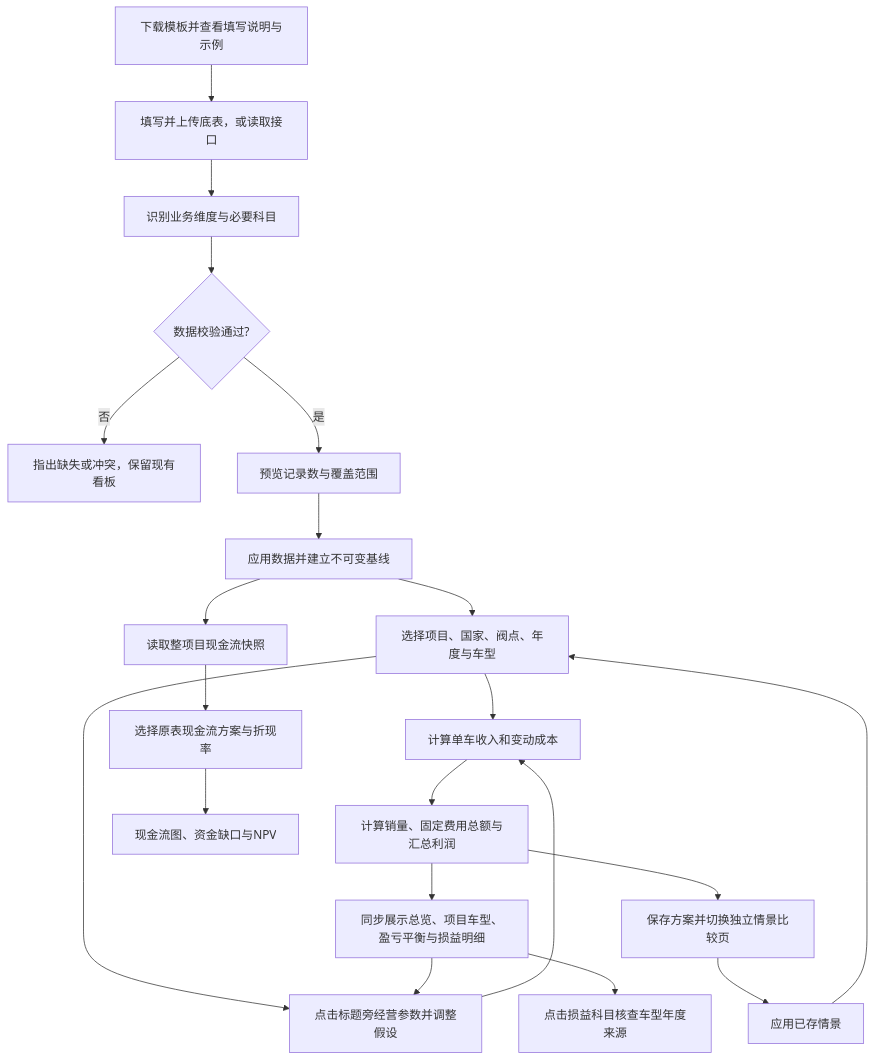
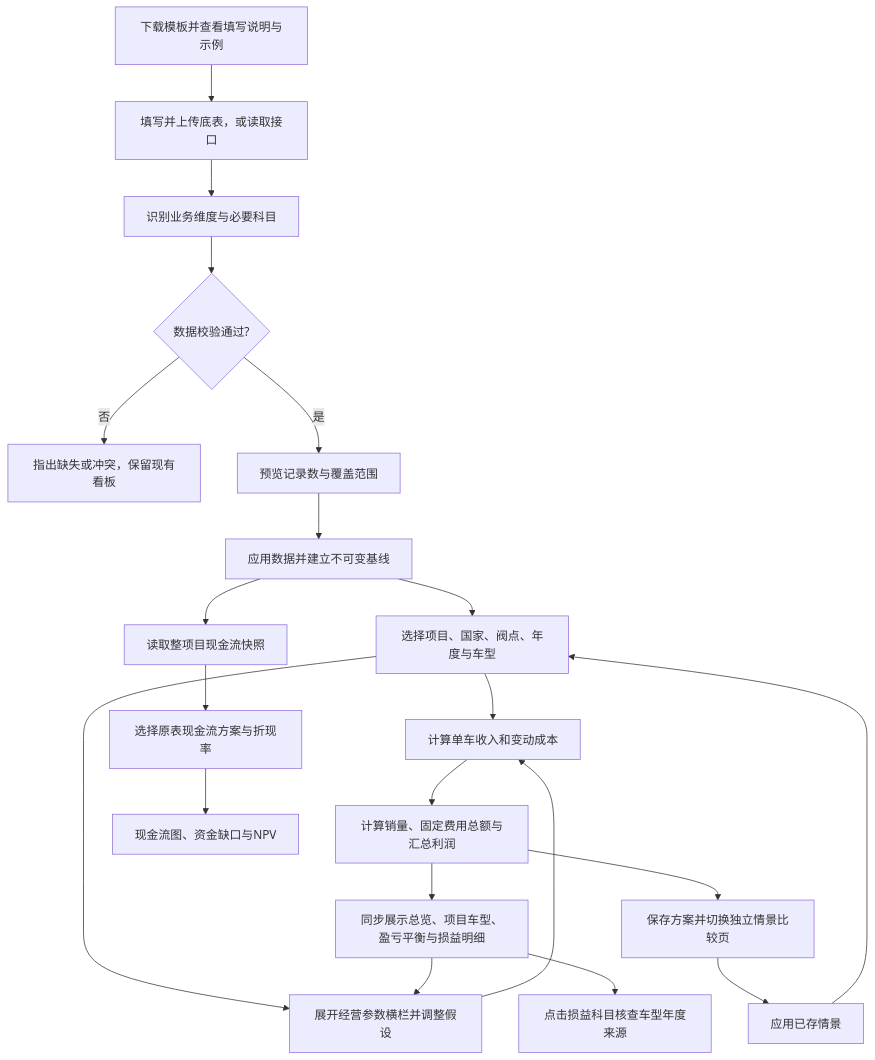
One commit to yinpengtao2002-ai/yinpengtao2002-ai.github.io changed the diagram in public/checkmi/业务逻辑说明.md. Above: the diagram before and after it, drawn with Mermaid. The commit also changed other lines of this file and 8 other files, not shown here.

````diff
--- a/public/checkmi/业务逻辑说明.md
+++ b/public/checkmi/业务逻辑说明.md
@@ -43,23 +43,23 @@
 ```mermaid
 flowchart TD
  A0[下载模板并查看填写说明与示例] --> A[填写并上传底表，或读取接口]
  A --> B[识别业务维度与必要科目]
  B --> C{数据校验通过?}
  C -- 否 --> D[指出缺失或冲突，保留现有看板]
  C -- 是 --> E[预览记录数与覆盖范围]
  E --> F[应用数据并建立不可变基线]
  F --> G[选择项目、国家、阀点、年度与车型]
  G --> H
- G --> K[点击标题旁经营参数并调整假设]
+ G --> K[展开经营参数横栏并调整假设]
  K --> H[计算单车收入和变动成本]
  H --> I[计算销量、固定费用总额与汇总利润]
  I --> J[同步展示总览、项目车型、盈亏平衡与损益明细]
  J --> K
  I --> L[保存方案并切换独立情景比较页]
  L --> P[应用已存情景]
  P --> G
  J --> Q[点击损益科目核查车型年度来源]
  F --> M[读取整项目现金流快照]
  M --> N[选择原表现金流方案与折现率]
  N --> O[现金流图、资金缺口与NPV]
 ```
````
